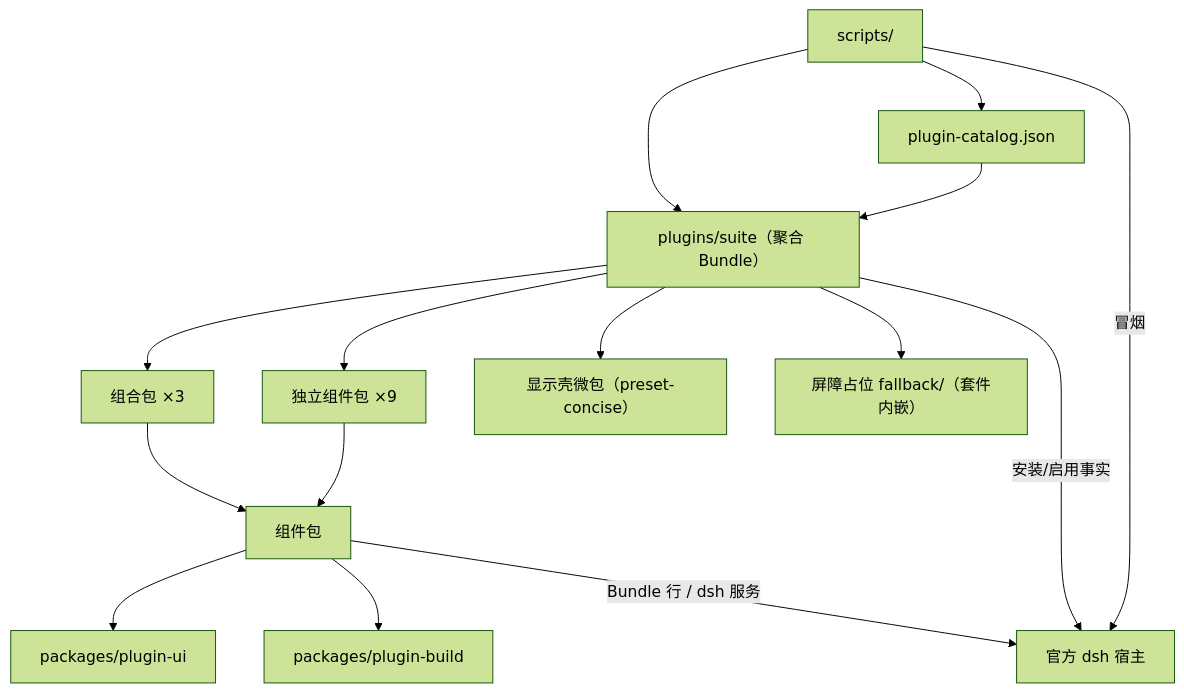
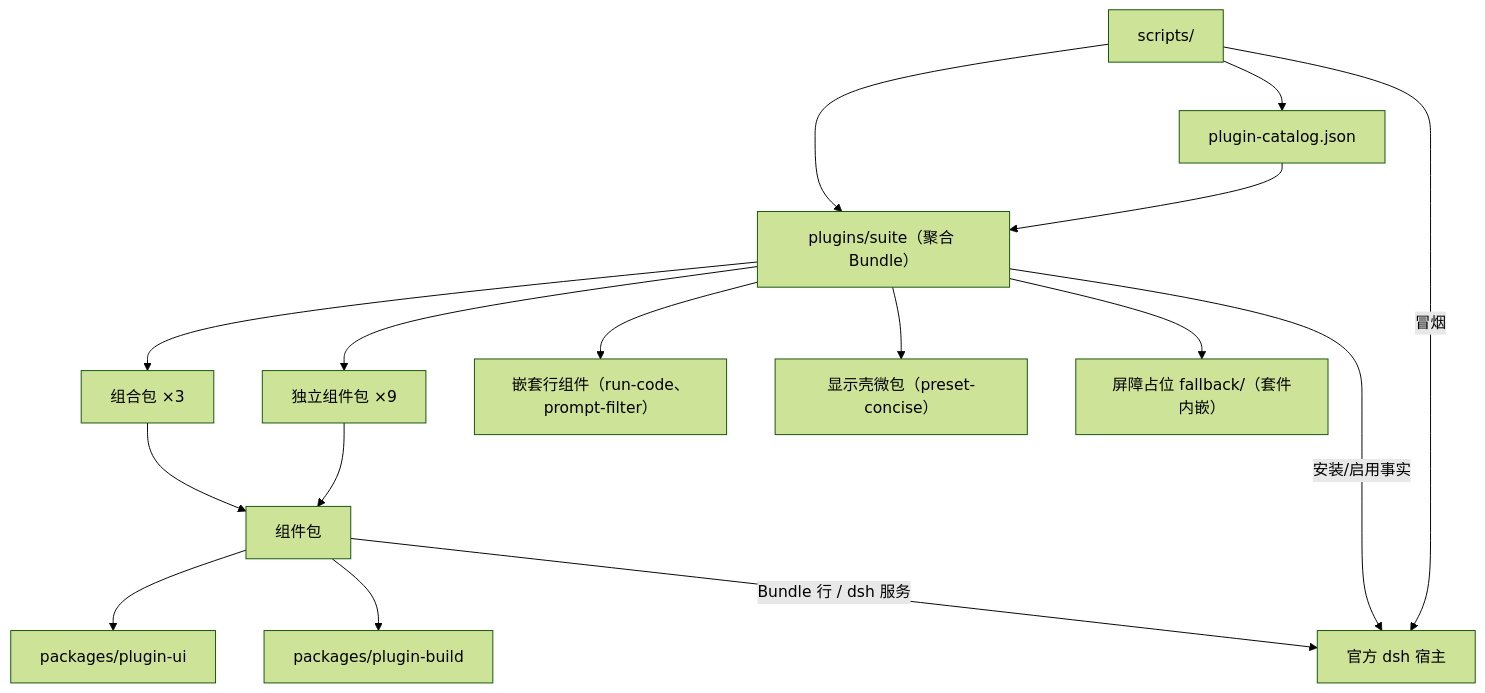
One commit to WaynePluto/dsh-kit changed the diagram in ARCHITECTURE.md. Above: the diagram before and after it, drawn with Mermaid (forest theme). The commit also changed other lines of this file and 55 other files, not shown here.

````diff
--- a/ARCHITECTURE.md
+++ b/ARCHITECTURE.md
@@ -24,17 +25,18 @@
 ```mermaid
 graph TD
   Suite["plugins/suite（聚合 Bundle）"] --> Combo["组合包 ×3"]
   Suite --> Solo["独立组件包 ×9"]
+  Suite --> Nested["嵌套行组件（run-code、prompt-filter）"]
   Suite --> Shell["显示壳微包（preset-concise）"]
   Suite --> Fallback["屏障占位 fallback/（套件内嵌）"]
   Combo --> Comp["组件包"]
   Solo --> Comp
   Comp --> PluginUI["packages/plugin-ui"]
   Comp --> Build["packages/plugin-build"]
   Comp -->|Bundle 行 / dsh 服务| DSH["官方 dsh 宿主"]
   Suite -->|"安装/启用事实"| DSH
   Scripts["scripts/"] --> Suite
   Scripts --> Catalog["plugin-catalog.json"]
   Catalog --> Suite
   Scripts -->|冒烟| DSH
 ```
````
